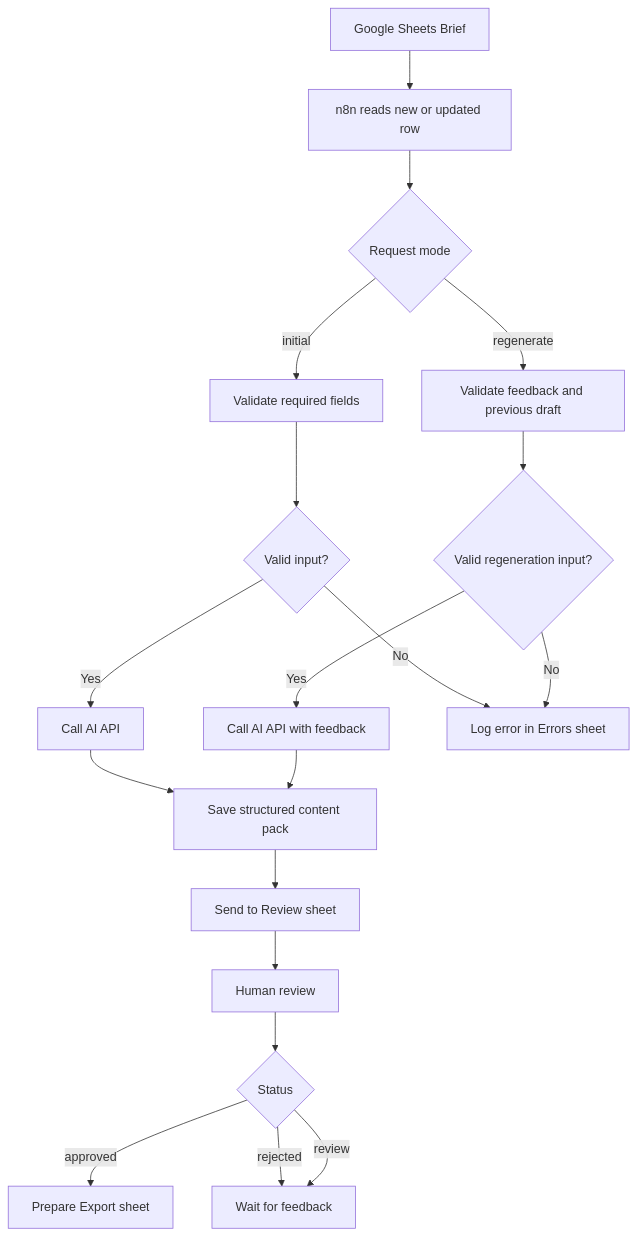
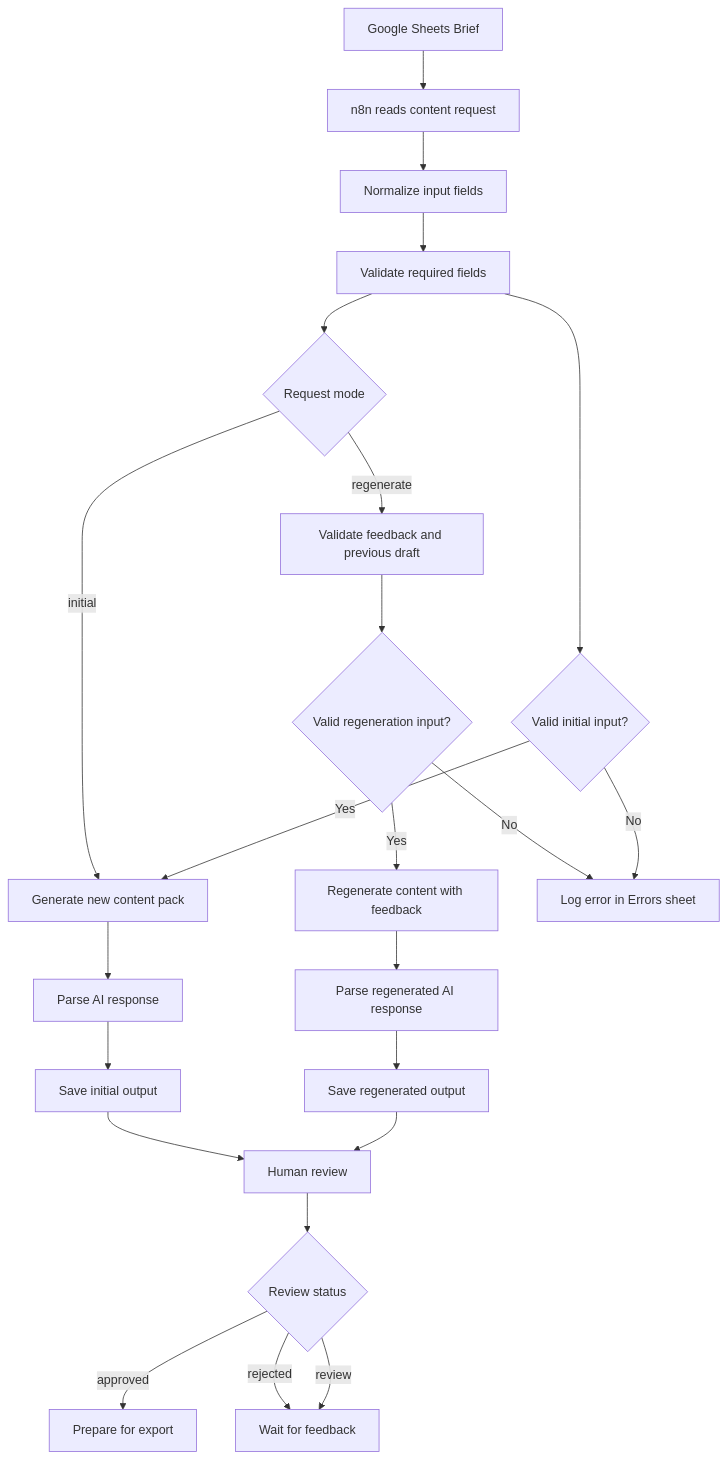
The diagram in README.md (rodrimalaverc/real-estate-content-pack-generator), drawn with Mermaid before and after one commit. The commit also changed other lines of this file, not shown here.

````diff
--- a/README.md
+++ b/README.md
@@ -53,21 +58,32 @@
 ```mermaid
 flowchart TD
-    A[Google Sheets Brief] --> B[n8n reads new or updated row]
-    B --> C{Request mode}
-    C -->|initial| D[Validate required fields]
-    C -->|regenerate| E[Validate feedback and previous draft]
-    D --> F{Valid input?}
-    E --> G{Valid regeneration input?}
-    F -->|Yes| H[Call AI API]
-    G -->|Yes| I[Call AI API with feedback]
-    F -->|No| J[Log error in Errors sheet]
-    G -->|No| J
-    H --> K[Save structured content pack]
-    I --> K
-    K --> L[Send to Review sheet]
-    L --> M[Human review]
-    M --> N{Status}
-    N -->|approved| O[Prepare Export sheet]
-    N -->|rejected| P[Wait for feedback]
-    N -->|review| P
+    A[Google Sheets Brief] --> B[n8n reads content request]
+    B --> C[Normalize input fields]
+    C --> D[Validate required fields]
+    D --> E{Request mode}
+
+    E -->|initial| F[Generate new content pack]
+    E -->|regenerate| G[Validate feedback and previous draft]
+
+    G --> H{Valid regeneration input?}
+    H -->|Yes| I[Regenerate content with feedback]
+    H -->|No| J[Log error in Errors sheet]
+
+    D --> K{Valid initial input?}
+    K -->|Yes| F
+    K -->|No| J
+
+    F --> L[Parse AI response]
+    I --> M[Parse regenerated AI response]
+
+    L --> N[Save initial output]
+    M --> O[Save regenerated output]
+
+    N --> P[Human review]
+    O --> P
+
+    P --> Q{Review status}
+    Q -->|approved| R[Prepare for export]
+    Q -->|rejected| S[Wait for feedback]
+    Q -->|review| S
 ```
````
